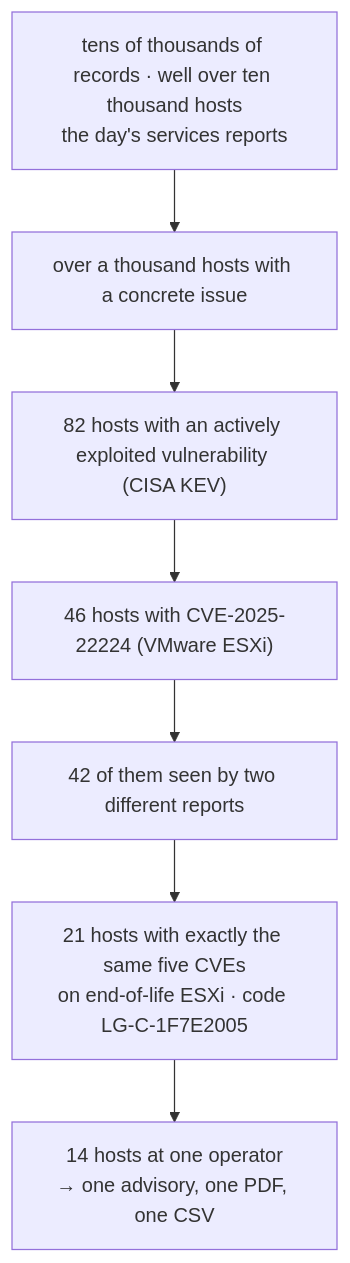
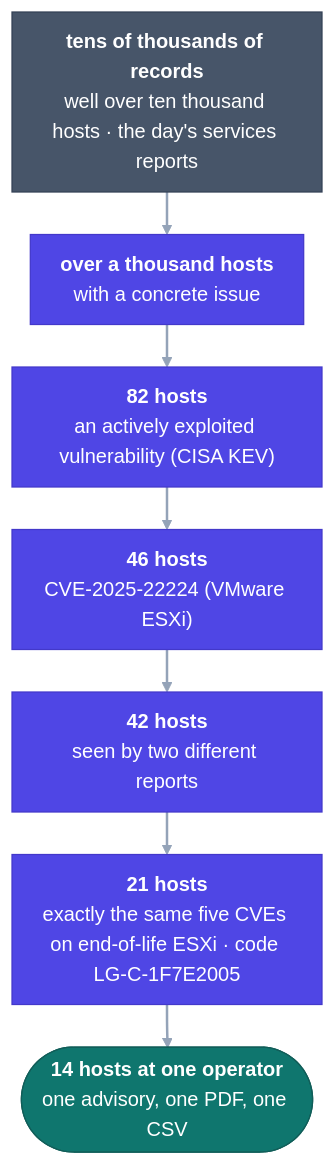
The first of 7 diagrams in docs/USE_CASES.md (anonghosty/looking-glass), drawn with Mermaid before and after one commit. The commit also changed other lines of this file and 6 other files, not shown here.

First line of the commit message:
Docs: diagrams and the findings flows

````diff
--- a/docs/USE_CASES.md
+++ b/docs/USE_CASES.md
@@ -53,9 +53,16 @@
 ```mermaid
+%%{init: {"flowchart": {"curve": "basis", "nodeSpacing": 30, "rankSpacing": 34, "padding": 12}}}%%
 flowchart TD
-    A["tens of thousands of records · well over ten thousand hosts<br/>the day's services reports"] --> B["over a thousand hosts with a concrete issue"]
-    B --> C["82 hosts with an actively exploited vulnerability (CISA KEV)"]
-    C --> D["46 hosts with CVE-2025-22224 (VMware ESXi)"]
-    D --> E["42 of them seen by two different reports"]
-    E --> F["21 hosts with exactly the same five CVEs<br/>on end-of-life ESXi · code LG-C-1F7E2005"]
-    F --> G["14 hosts at one operator<br/>→ one advisory, one PDF, one CSV"]
+    A["<b>tens of thousands of records</b><br/>well over ten thousand hosts · the day's services reports"]:::wide
+    B["<b>over a thousand hosts</b><br/>with a concrete issue"]:::step
+    C["<b>82 hosts</b><br/>an actively exploited vulnerability (CISA KEV)"]:::step
+    D["<b>46 hosts</b><br/>CVE-2025-22224 (VMware ESXi)"]:::step
+    E["<b>42 hosts</b><br/>seen by two different reports"]:::step
+    F["<b>21 hosts</b><br/>exactly the same five CVEs on end-of-life ESXi · code LG-C-1F7E2005"]:::step
+    G(["<b>14 hosts at one operator</b><br/>one advisory, one PDF, one CSV"]):::goal
+    A --> B --> C --> D --> E --> F --> G
+    classDef wide fill:#475569,stroke:#334155,color:#fff
+    classDef step fill:#4f46e5,stroke:#4338ca,color:#fff
+    classDef goal fill:#0f766e,stroke:#115e59,color:#fff
+    linkStyle default stroke:#94a3b8,stroke-width:2px
 ```
````
